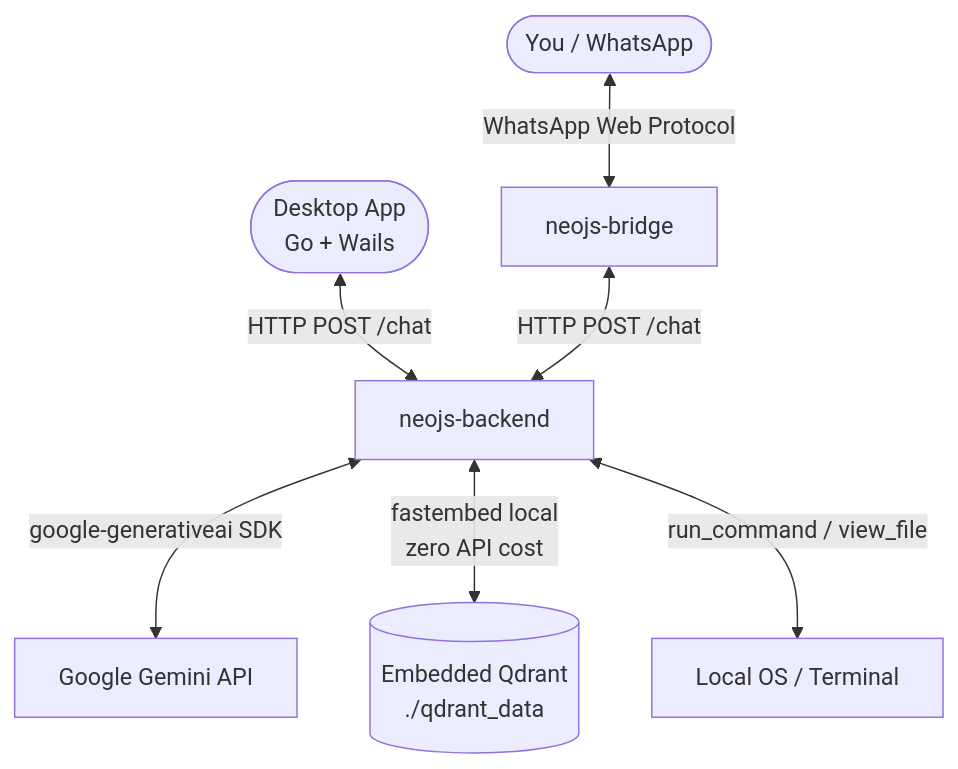
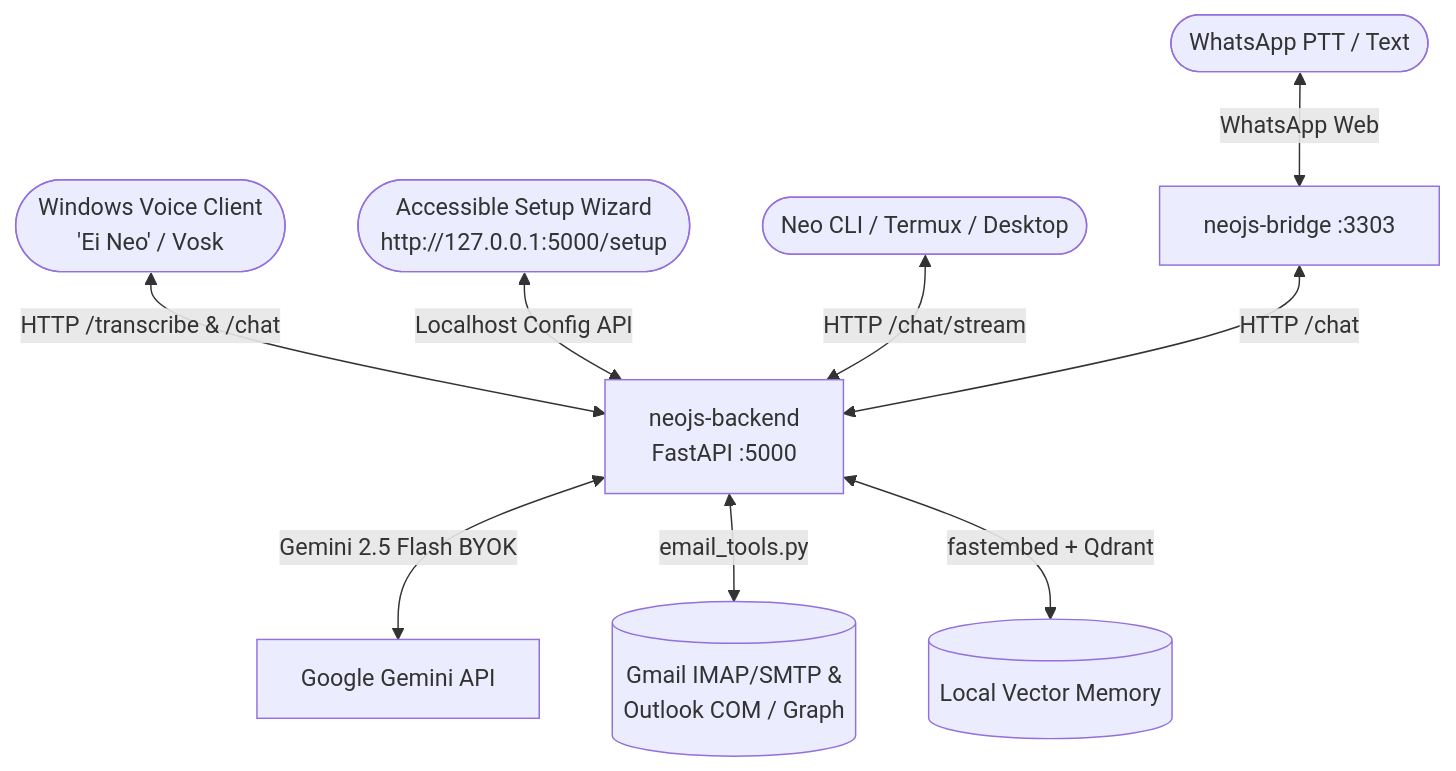
One commit to marcellopato/neo-js changed the diagram in README.md. Above: the diagram before and after it, drawn with Mermaid. The commit also changed other lines of this file, not shown here.

Commit message:
docs: streamline README and place Windows .exe 1-click installer front and center

````diff
--- a/README.md
+++ b/README.md
@@ -46,9 +71,11 @@
 ```mermaid
 graph TD
-    User([You / WhatsApp]) <-->|WhatsApp Web Protocol| Bridge[neojs-bridge]
-    Daemon([Desktop App<br/>Go + Wails]) <-->|HTTP POST /chat| Backend[neojs-backend]
-    Bridge <-->|HTTP POST /chat| Backend
-    Backend <-->|google-generativeai SDK| GeminiAPI[Google Gemini API]
-    Backend <-->|fastembed local<br/>zero API cost| Qdrant[(Embedded Qdrant<br/>./qdrant_data)]
-    Backend <-->|run_command / view_file| OS[Local OS / Terminal]
+    Voice([Windows Voice Client<br/>'Ei Neo' / Vosk]) <-->|HTTP /transcribe & /chat| Backend[neojs-backend<br/>FastAPI :5000]
+    Setup([Accessible Setup Wizard<br/>http://127.0.0.1:5000/setup]) <-->|Localhost Config API| Backend
+    User([WhatsApp PTT / Text]) <-->|WhatsApp Web| Bridge[neojs-bridge :3303]
+    CLI([Neo CLI / Termux / Desktop]) <-->|HTTP /chat/stream| Backend
+    Bridge <-->|HTTP /chat| Backend
+    Backend <-->|Gemini 2.5 Flash BYOK| GeminiAPI[Google Gemini API]
+    Backend <-->|email_tools.py| Email[(Gmail IMAP/SMTP &<br/>Outlook COM / Graph)]
+    Backend <-->|fastembed + Qdrant| Qdrant[(Local Vector Memory)]
 ```
````
